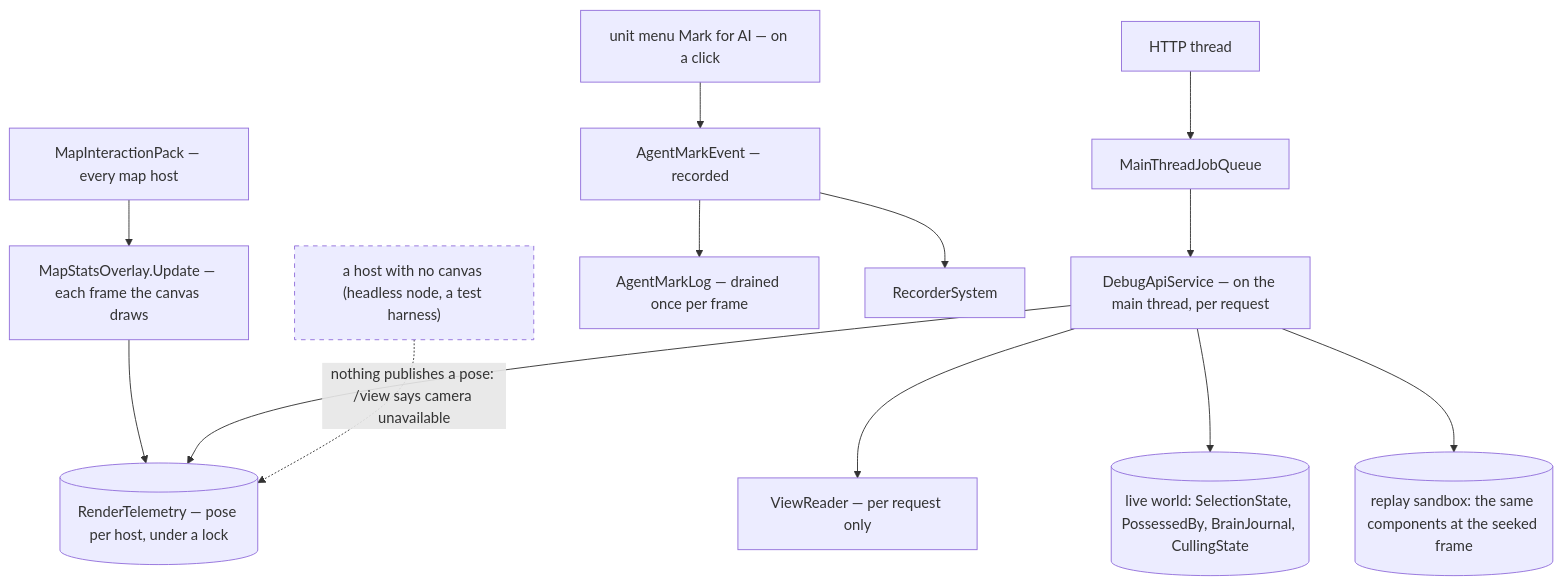
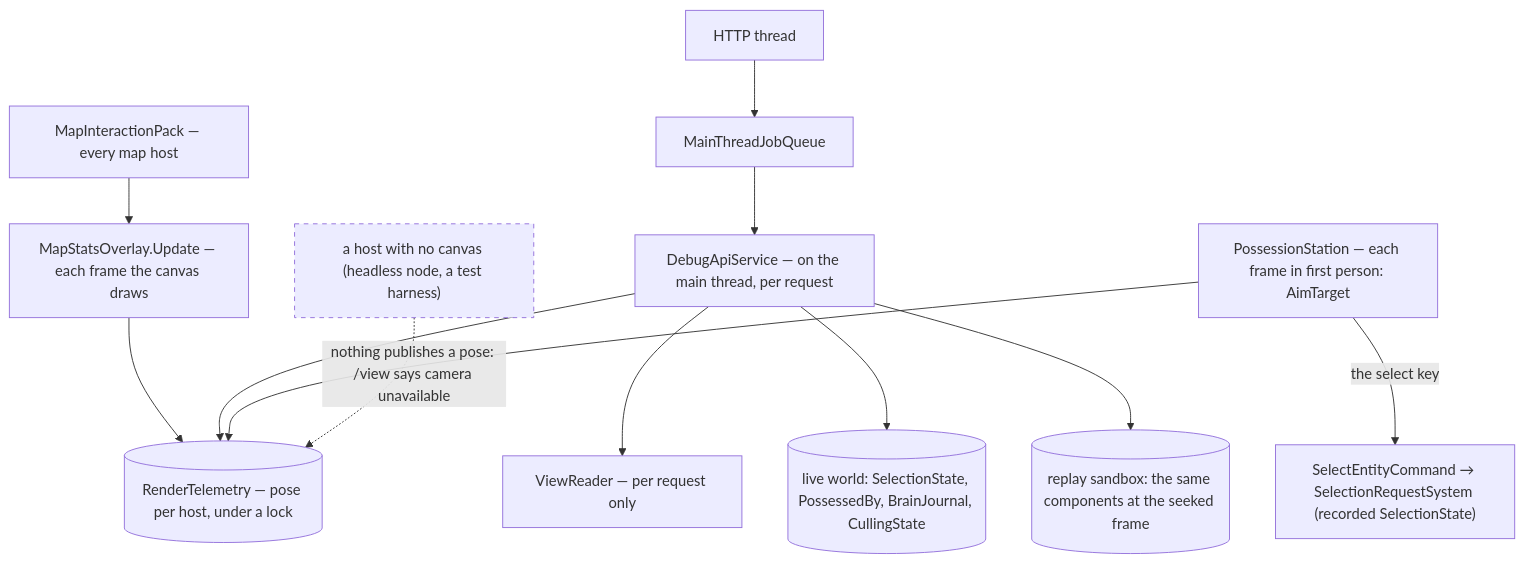
Before and after one commit to pjanec/HROT: the fourth of 4 diagrams in docs/DESIGN_Agent_Shared_View.md, drawn with Mermaid. The commit also changed other lines of this file and 6 other files, not shown here.

````diff
--- a/docs/DESIGN_Agent_Shared_View.md
+++ b/docs/DESIGN_Agent_Shared_View.md
@@ -164,17 +164,16 @@
 ```mermaid
 graph TD
   PACK["MapInteractionPack — every map host"] --> MSO["MapStatsOverlay.Update — each frame the canvas draws"]
   MSO --> RT[("RenderTelemetry — pose per host, under a lock")]
   HTTP["HTTP thread"] --> Q["MainThreadJobQueue"]
   Q --> SVC["DebugApiService — on the main thread, per request"]
   SVC --> RT
   SVC --> VR["ViewReader — per request only"]
   SVC --> LIVE[("live world: SelectionState, PossessedBy, BrainJournal, CullingState")]
   SVC --> SBX[("replay sandbox: the same components at the seeked frame")]
-  MENU["unit menu Mark for AI — on a click"] --> EV["AgentMarkEvent — recorded"]
-  EV --> LOG["AgentMarkLog — drained once per frame"]
-  EV --> REC["RecorderSystem"]
+  FPS["PossessionStation — each frame in first person: AimTarget"] --> RT
+  FPS -->|"the select key"| SEL["SelectEntityCommand → SelectionRequestSystem (recorded SelectionState)"]
   HEAD["a host with no canvas (headless node, a test harness)"] -.->|"nothing publishes a pose: /view says camera unavailable"| RT
   classDef dead stroke-dasharray: 5 5
   class HEAD dead
 ```
````
